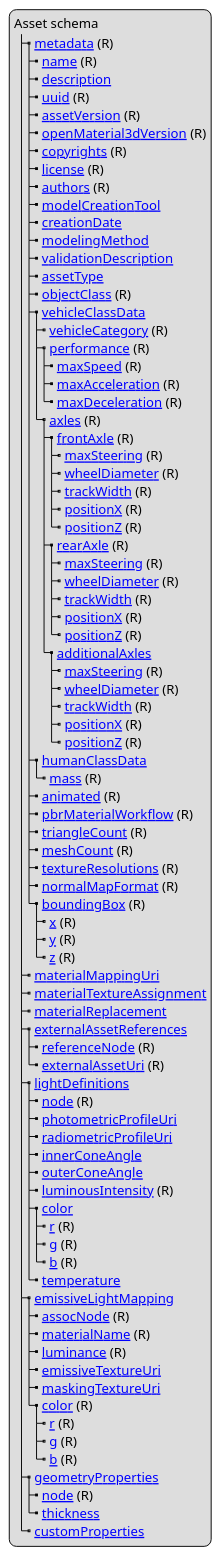
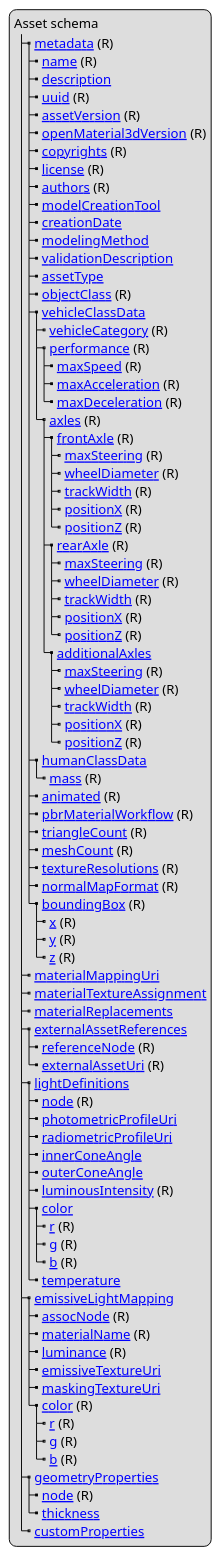
One commit to asam-ev/OpenMATERIAL-3D changed the diagram in content/07_geometry/asset-schema.adoc. Above: the diagram before and after it, drawn with PlantUML. The commit also changed other lines of this file and 7 other files, not shown here.

```diff
--- a/content/07_geometry/asset-schema.adoc
+++ b/content/07_geometry/asset-schema.adoc
@@ -64,7 +64,7 @@
     |_ [[../07_geometry/asset-schema.html#_z z]] (R)
 |_ [[../07_geometry/asset-schema.html#_materialmappinguri materialMappingUri]]
 |_ [[../07_geometry/asset-schema.html#_materialtextureassignment materialTextureAssignment]]
-|_ [[../07_geometry/asset-schema.html#_materialreplacement materialReplacement]]
+|_ [[../07_geometry/asset-schema.html#_materialreplacements materialReplacements]]
 |_ [[../07_geometry/asset-schema.html#_externalassetreferences externalAssetReferences]]
   |_ [[../07_geometry/asset-schema.html#_referencenode referenceNode]] (R)
   |_ [[../07_geometry/asset-schema.html#_externalasseturi externalAssetUri]] (R)
```
